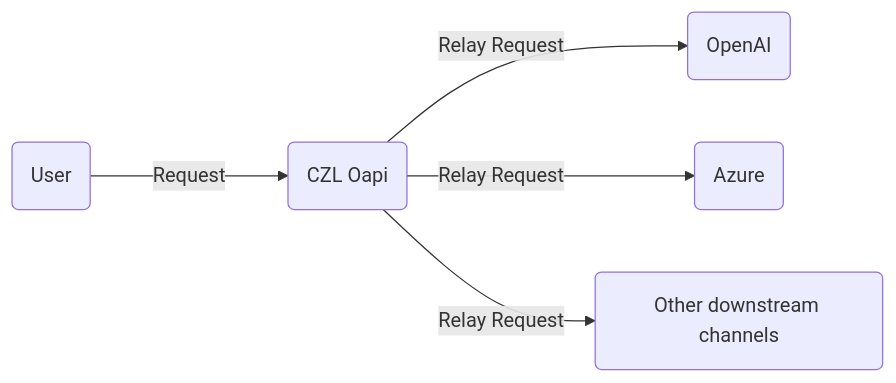
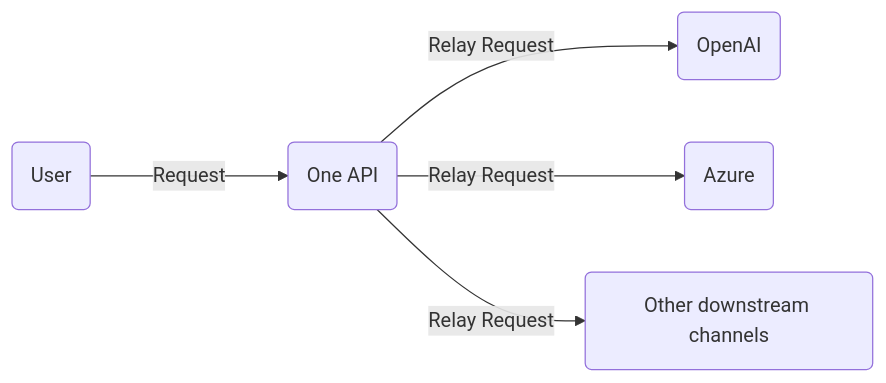
One commit to MartialBE/one-hub changed the diagram in README.en.md. Above: the diagram before and after it, drawn with Mermaid. The commit also changed other lines of this file and 26 other files, not shown here.

````diff
--- a/README.en.md
+++ b/README.en.md
@@ -245,8 +245,8 @@
 ```mermaid
 graph LR
     A(User)
-    A --->|Request| B(CZL Oapi)
+    A --->|Request| B(One API)
     B -->|Relay Request| C(OpenAI)
     B -->|Relay Request| D(Azure)
     B -->|Relay Request| E(Other downstream channels)
 ```
````
